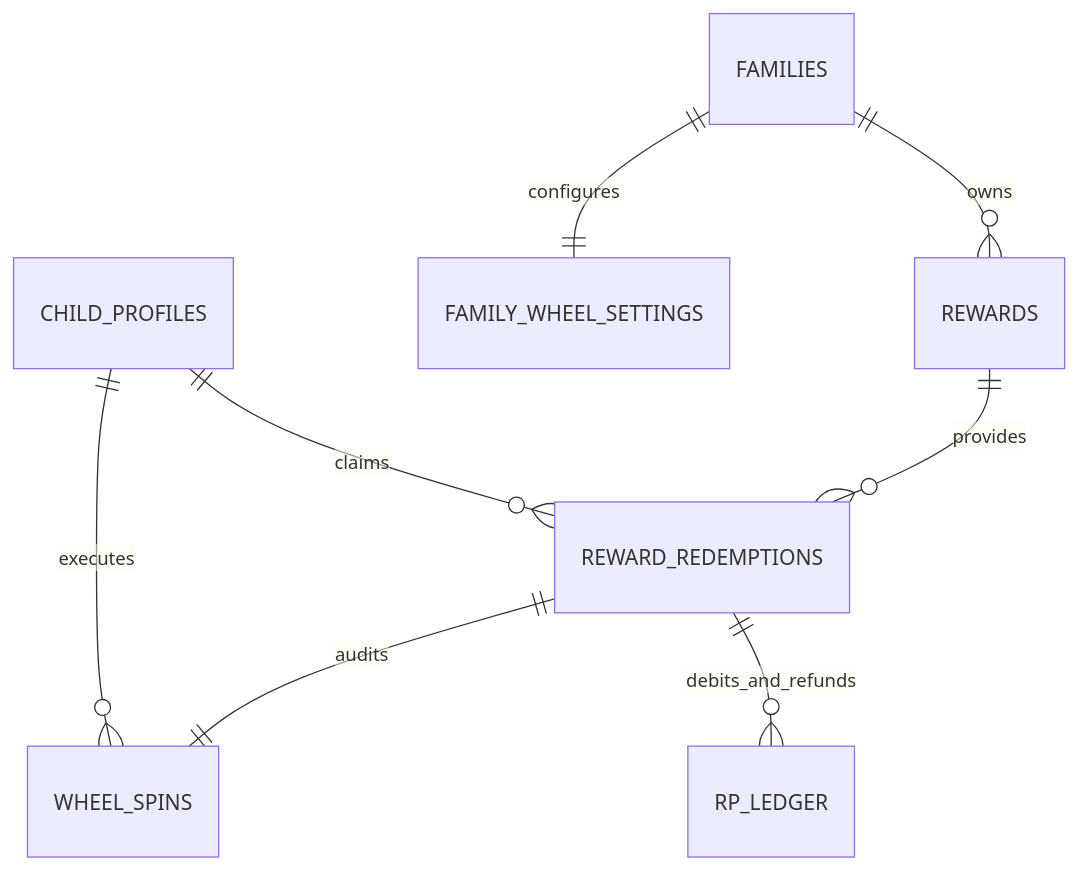
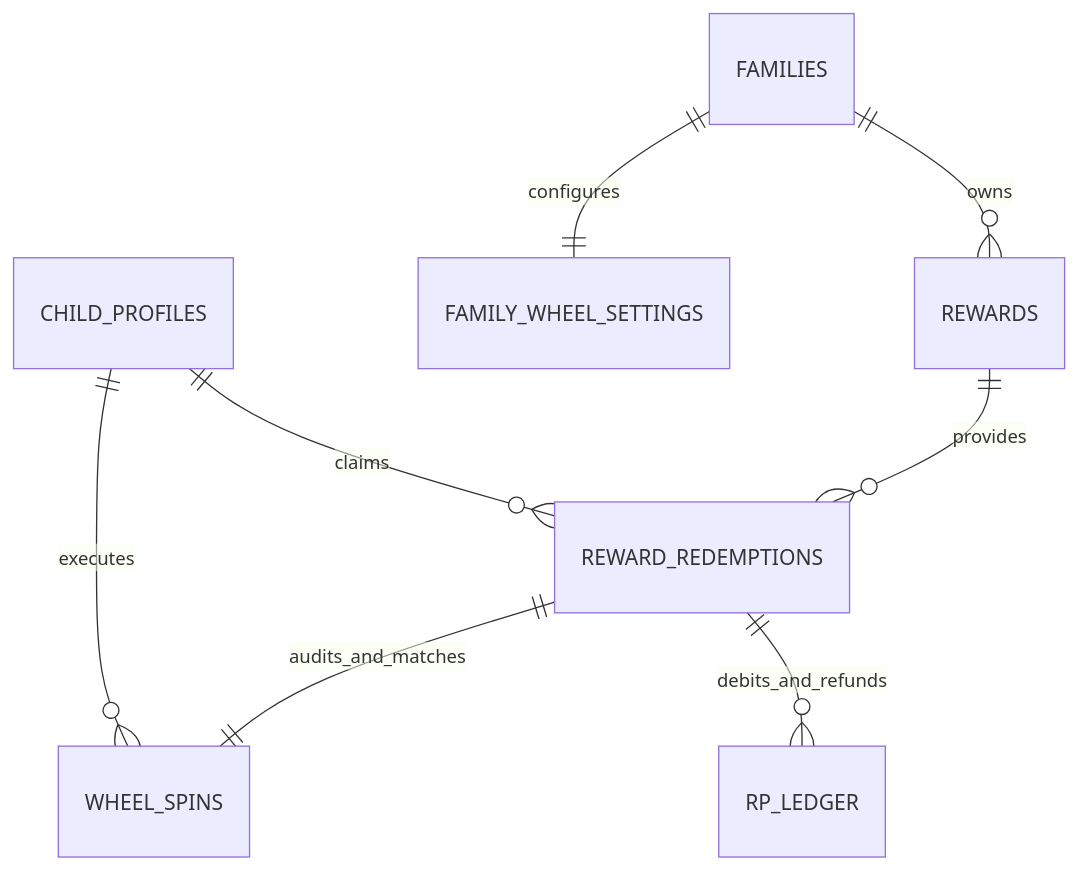
Before and after one commit to thedusk4203/LearnWard: the diagram in docs/11-phase-4-reward-economy-wheel-design-v0.1.md, drawn with Mermaid. The commit also changed other lines of this file and 1 other file, not shown here.

Commit message:
docs: resolve Phase 4 design review blockers on command receipts, wheel consistency, and DST

````diff
--- a/docs/11-phase-4-reward-economy-wheel-design-v0.1.md
+++ b/docs/11-phase-4-reward-economy-wheel-design-v0.1.md
@@ -323,10 +333,10 @@
 ```mermaid
 erDiagram
     FAMILIES ||--o{ REWARDS : owns
     FAMILIES ||--|| FAMILY_WHEEL_SETTINGS : configures
     CHILD_PROFILES ||--o{ REWARD_REDEMPTIONS : claims
     REWARDS ||--o{ REWARD_REDEMPTIONS : provides
     CHILD_PROFILES ||--o{ WHEEL_SPINS : executes
-    REWARD_REDEMPTIONS ||--|| WHEEL_SPINS : audits
+    REWARD_REDEMPTIONS ||--|| WHEEL_SPINS : audits_and_matches
     REWARD_REDEMPTIONS ||--o{ RP_LEDGER : debits_and_refunds
 ```
````
